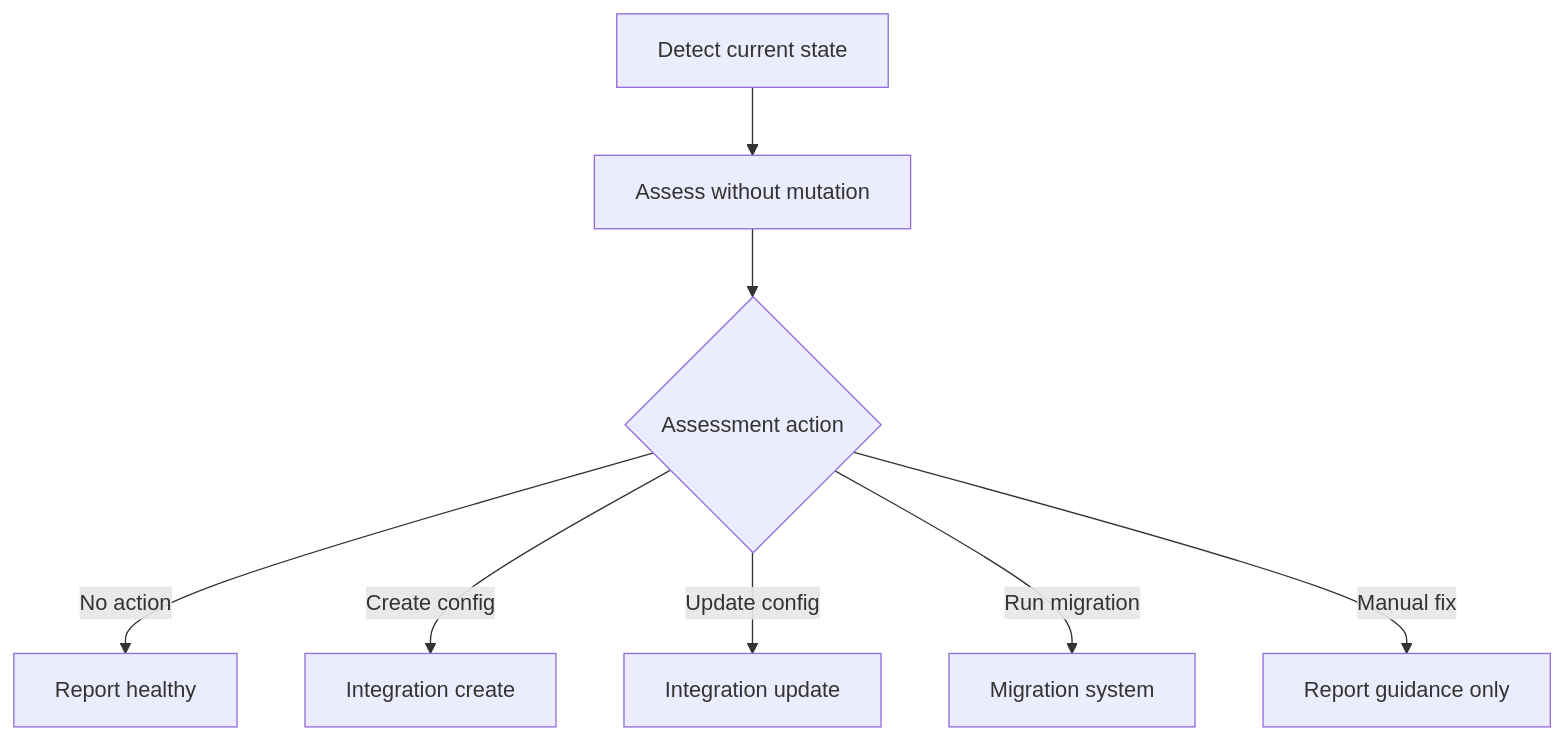
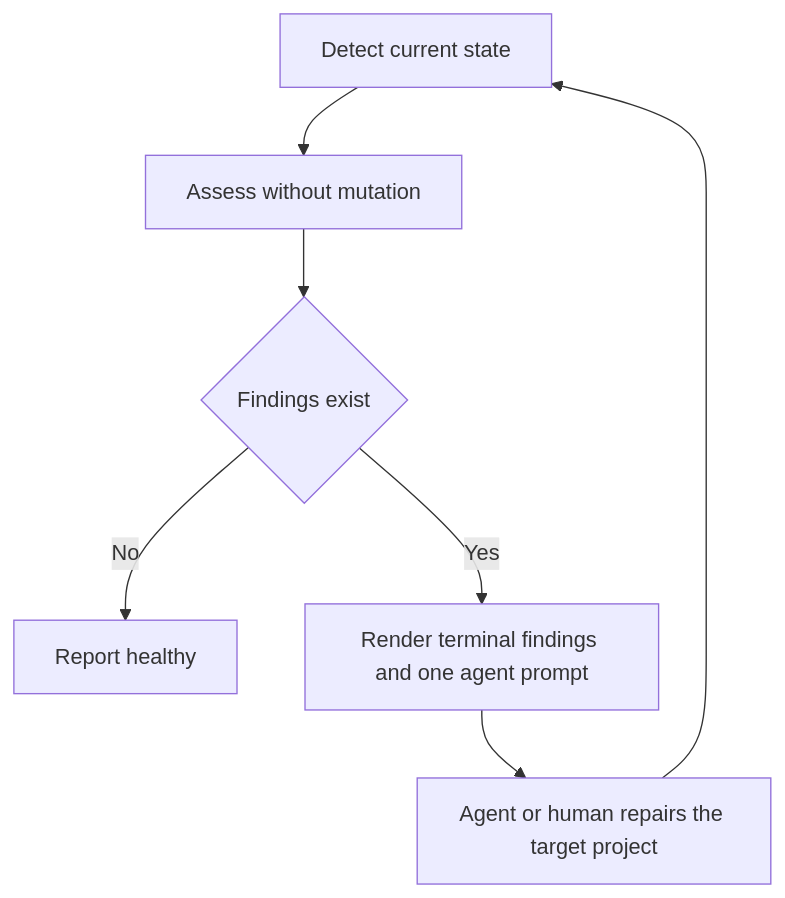
One commit to adelrodriguez/adamantite changed the diagram in docs/architecture.md. Above: the diagram before and after it, drawn with Mermaid. The commit also changed other lines of this file and 70 other files, not shown here.

````diff
--- a/docs/architecture.md
+++ b/docs/architecture.md
@@ -42,10 +41,9 @@
 ```mermaid
 flowchart TD
   A[Detect current state] --> B[Assess without mutation]
-  B --> C{Assessment action}
-  C -->|No action| D[Report healthy]
-  C -->|Create config| E[Integration create]
-  C -->|Update config| F[Integration update]
-  C -->|Run migration| G[Migration system]
-  C -->|Manual fix| H[Report guidance only]
+  B --> C{Findings exist}
+  C -->|No| D[Report healthy]
+  C -->|Yes| E[Render terminal findings and one agent prompt]
+  E --> F[Agent or human repairs the target project]
+  F --> A
 ```
````
